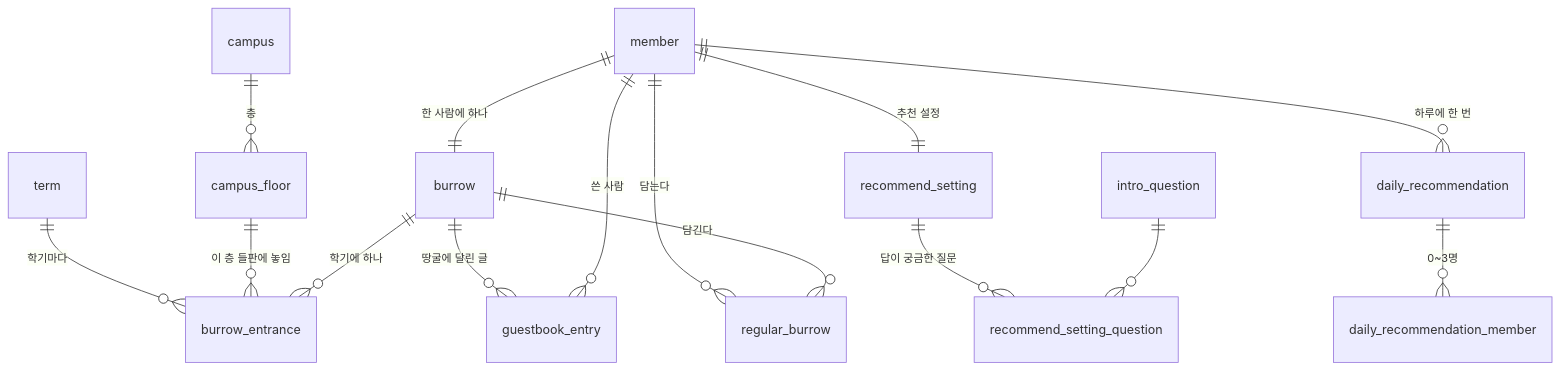
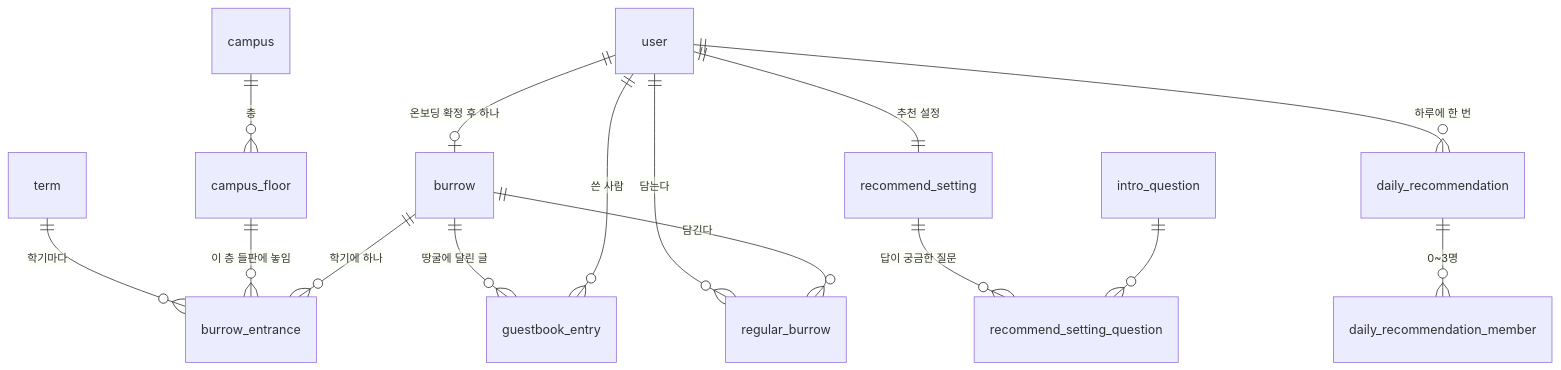
Before and after one commit to it-ting-team/it-ting: the diagram in docs/db/burrow.md, drawn with Mermaid. The commit also changed other lines of this file and 6 other files, not shown here.

````diff
--- a/docs/db/burrow.md
+++ b/docs/db/burrow.md
@@ -5,17 +5,17 @@
 ```mermaid
 erDiagram
     campus ||--o{ campus_floor : "층"
     term ||--o{ burrow_entrance : "학기마다"
     campus_floor ||--o{ burrow_entrance : "이 층 들판에 놓임"
-    member ||--|| burrow : "한 사람에 하나"
+    user ||--o| burrow : "온보딩 확정 후 하나"
     burrow ||--o{ burrow_entrance : "학기에 하나"
     burrow ||--o{ guestbook_entry : "땅굴에 달린 글"
-    member ||--o{ guestbook_entry : "쓴 사람"
-    member ||--o{ regular_burrow : "담는다"
+    user ||--o{ guestbook_entry : "쓴 사람"
+    user ||--o{ regular_burrow : "담는다"
     burrow ||--o{ regular_burrow : "담긴다"
-    member ||--|| recommend_setting : "추천 설정"
+    user ||--|| recommend_setting : "추천 설정"
     recommend_setting ||--o{ recommend_setting_question : "답이 궁금한 질문"
     intro_question ||--o{ recommend_setting_question : ""
-    member ||--o{ daily_recommendation : "하루에 한 번"
+    user ||--o{ daily_recommendation : "하루에 한 번"
     daily_recommendation ||--o{ daily_recommendation_member : "0~3명"
 ```
````
